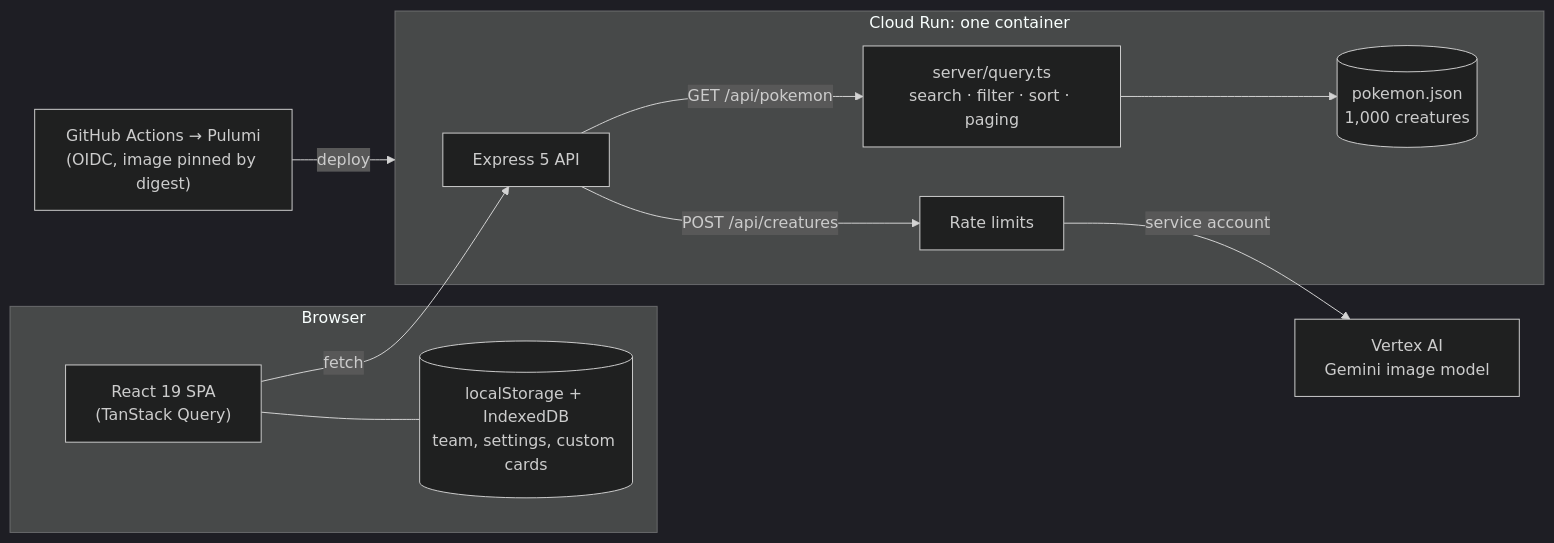
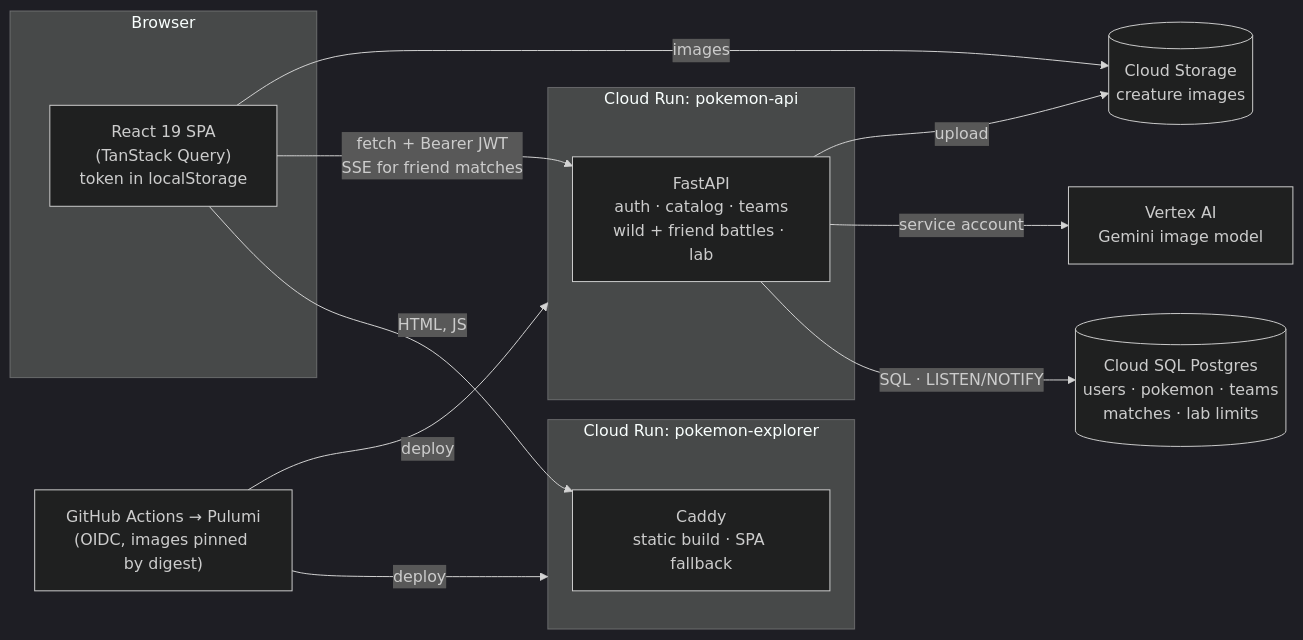
The diagram in README.md (drewAnderson-val/pokemon-explorer), drawn with Mermaid (dark theme) before and after one commit. The commit also changed other lines of this file and 5 other files, not shown here.

````diff
--- a/README.md
+++ b/README.md
@@ -43,24 +44,28 @@
 ```mermaid
 flowchart LR
   subgraph Browser
-    SPA["React 19 SPA<br/>(TanStack Query)"]
-    Store[("localStorage + IndexedDB<br/>team, settings, custom cards")]
-    SPA --- Store
+    SPA["React 19 SPA<br/>(TanStack Query)<br/>token in localStorage"]
   end
 
-  subgraph Run["Cloud Run: one container"]
-    API["Express 5 API"]
-    Query["server/query.ts<br/>search · filter · sort · paging"]
-    Data[("pokemon.json<br/>1,000 creatures")]
-    Limit["Rate limits"]
-    API -->|"GET /api/pokemon"| Query --> Data
-    API -->|"POST /api/creatures"| Limit
+  subgraph Web["Cloud Run: pokemon-explorer"]
+    Caddy["Caddy<br/>static build · SPA fallback"]
   end
 
+  subgraph Api["Cloud Run: pokemon-api"]
+    FastAPI["FastAPI<br/>auth · catalog · teams<br/>wild + friend battles · lab"]
+  end
+
+  DB[("Cloud SQL Postgres<br/>users · pokemon · teams<br/>matches · lab limits")]
   Vertex["Vertex AI<br/>Gemini image model"]
+  Bucket[("Cloud Storage<br/>creature images")]
 
-  SPA -->|"fetch"| API
-  Limit -->|"service account"| Vertex
+  SPA -->|"HTML, JS"| Caddy
+  SPA -->|"fetch + Bearer JWT<br/>SSE for friend matches"| FastAPI
+  FastAPI -->|"SQL · LISTEN/NOTIFY"| DB
+  FastAPI -->|"service account"| Vertex
+  FastAPI -->|"upload"| Bucket
+  SPA -->|"images"| Bucket
 
-  GH["GitHub Actions → Pulumi<br/>(OIDC, image pinned by digest)"] -->|"deploy"| Run
+  GH["GitHub Actions → Pulumi<br/>(OIDC, images pinned by digest)"] -->|"deploy"| Web
+  GH -->|"deploy"| Api
 ```
````
